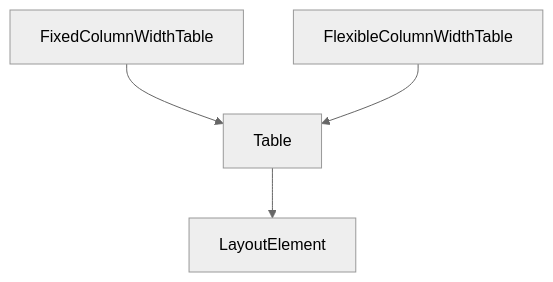
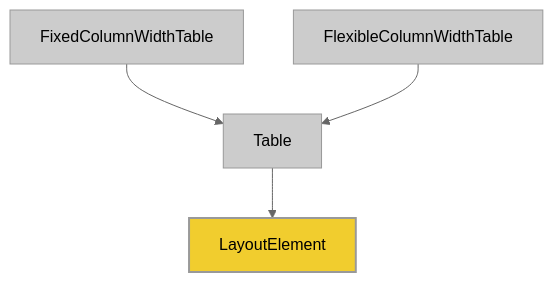
One commit to jorisschellekens/borb-examples changed the second of 2 diagrams in 06/README.md. Above: the diagram before and after it, drawn with Mermaid (neutral theme).

````diff
--- a/06/README.md
+++ b/06/README.md
@@ -301,7 +301,16 @@
 ```mermaid
 graph TD
     LayoutElement
     Table --> LayoutElement
     FixedColumnWidthTable --> Table
     FlexibleColumnWidthTable --> Table
+
+    %% Define classes
+    classDef gray fill:#ccc,stroke:#999,stroke-width:1px;
+    classDef highlight fill:#F1CD2E,stroke:#999,stroke-width:2px;
+
+    %% Assign classes
+    class LayoutElement highlight;
+    class Table,FixedColumnWidthTable,FlexibleColumnWidthTable gray;
+
 ```
````
